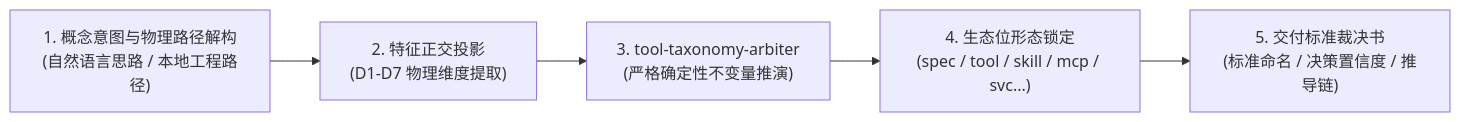
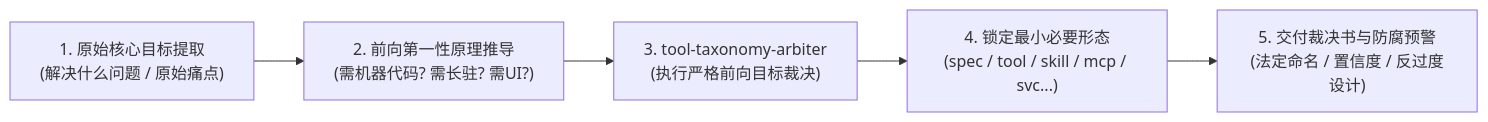
The diagram in SKILL.md (Longgekutta/skill-taxonomy-arbiter), drawn with Mermaid before and after one commit. The commit also changed other lines of this file, not shown here.

Commit message:
feat: upgrade skill to forward goal-driven deduction SOP

````diff
--- a/SKILL.md
+++ b/SKILL.md
@@ -16,7 +16,7 @@
 ```mermaid
 flowchart LR
-    A["1. 概念意图与物理路径解构<br/>(自然语言思路 / 本地工程路径)"] --> B["2. 特征正交投影<br/>(D1-D7 物理维度提取)"]
-    B --> C["3. tool-taxonomy-arbiter<br/>(严格确定性不变量推演)"]
-    C --> D["4. 生态位形态锁定<br/>(spec / tool / skill / mcp / svc...)"]
-    D --> E["5. 交付标准裁决书<br/>(标准命名 / 决策置信度 / 推导链)"]
+    A["1. 原始核心目标提取<br/>(解决什么问题 / 原始痛点)"] --> B["2. 前向第一性原理推导<br/>(需机器代码? 需长驻? 需UI?)"]
+    B --> C["3. tool-taxonomy-arbiter<br/>(执行严格前向目标裁决)"]
+    C --> D["4. 锁定最小必要形态<br/>(spec / tool / skill / mcp / svc...)"]
+    D --> E["5. 交付裁决书与防腐预警<br/>(法定命名 / 置信度 / 反过度设计)"]
 ```
````
